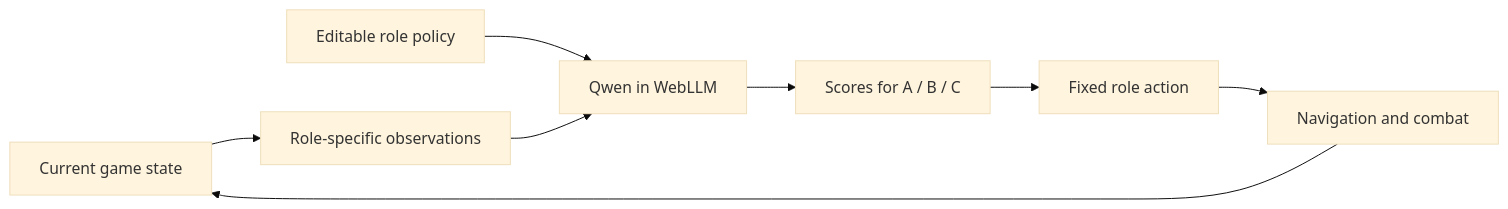
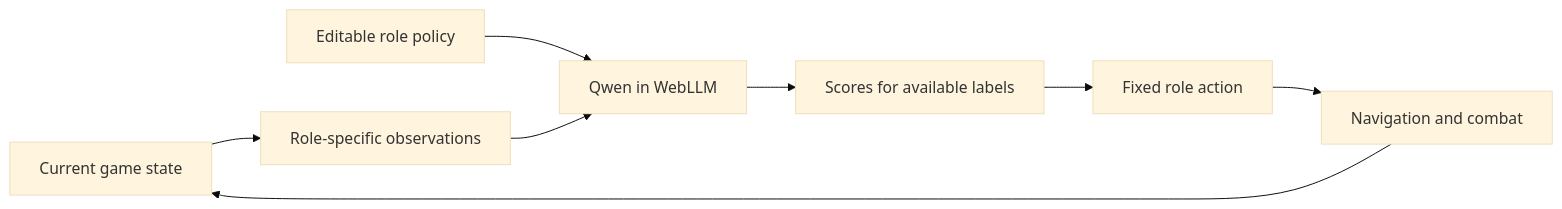
The diagram in docs/game-context.md (kikoncuo/jevfire), drawn with Mermaid (base theme) before and after one commit. The commit also changed other lines of this file and 38 other files, not shown here.

````diff
--- a/docs/game-context.md
+++ b/docs/game-context.md
@@ -8,10 +8,10 @@
 ```mermaid
 flowchart LR
   W[Current game state] --> O[Role-specific observations]
   P[Editable role policy] --> Q[Qwen in WebLLM]
   O --> Q
-  Q --> L[Scores for A / B / C]
+  Q --> L[Scores for available labels]
   L --> A[Fixed role action]
   A --> N[Navigation and combat]
   N --> W
 ```
````
